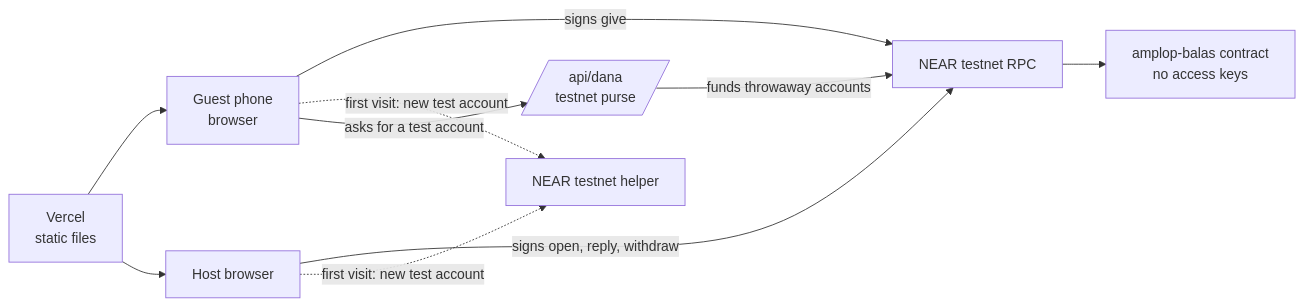
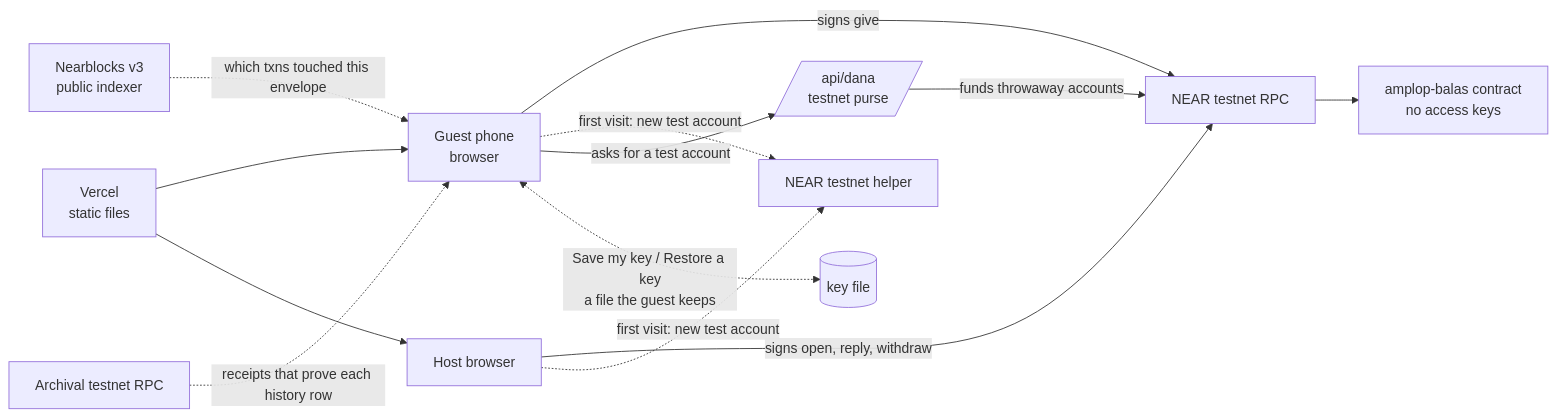
Before and after one commit to Stylenexy/rsvpay: the diagram in docs/ARCHITECTURE.md, drawn with Mermaid.

Commit message:
Diagram arsitektur: indexer, RPC arsip, berkas kunci

````diff
--- a/docs/ARCHITECTURE.md
+++ b/docs/ARCHITECTURE.md
@@ -5,12 +5,15 @@
 ```mermaid
 flowchart LR
   G[Guest phone<br/>browser] -->|signs give| R[NEAR testnet RPC]
   H[Host browser] -->|signs open, reply, withdraw| R
   G -. first visit: new test account .-> K[NEAR testnet helper]
   H -. first visit: new test account .-> K
   R --> C[amplop-balas contract<br/>no access keys]
   V[Vercel<br/>static files] --> G
   D[/api/dana<br/>testnet purse/] -->|funds throwaway accounts| R
   G -->|asks for a test account| D
   V --> H
+  N[Nearblocks v3<br/>public indexer] -. which txns touched this envelope .-> G
+  A[Archival testnet RPC] -. receipts that prove each history row .-> G
+  G <-. Save my key / Restore a key<br/>a file the guest keeps .-> F[(key file)]
 ```
````
